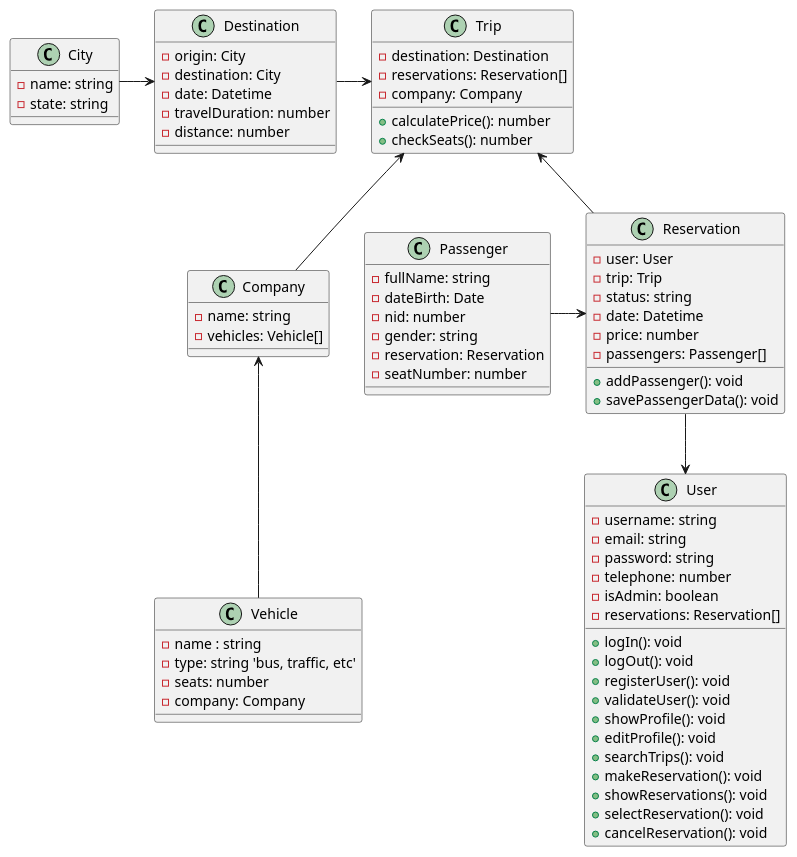
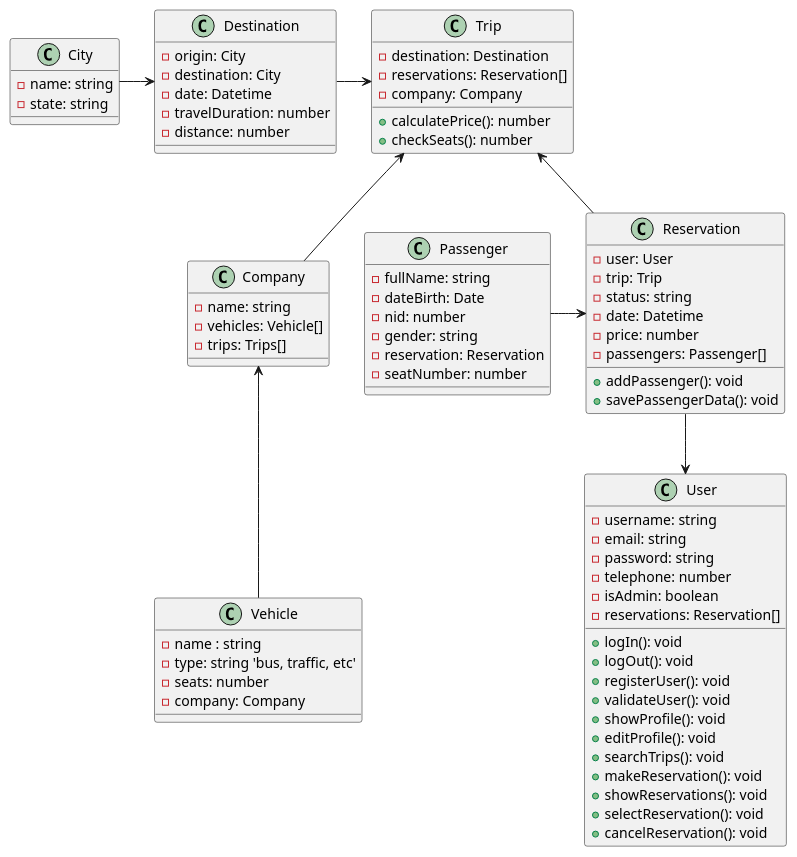
One commit to NKAmazing/PlatformUM changed the diagram in Diagrams/platformUM-diagram.puml. Above: the diagram before and after it, drawn with PlantUML.

Commit message:
Close #1 Trips added to Company class

```diff
--- a/Diagrams/platformUM-diagram.puml
+++ b/Diagrams/platformUM-diagram.puml
@@ -1,88 +1,89 @@
 @startuml PlatformUM
 
 ''' Aplication class diagram that provides travel services'''
 
 class User {
     - username: string
     - email: string
     - password: string
     - telephone: number
     - isAdmin: boolean
     - reservations: Reservation[]
     + logIn(): void
     + logOut(): void
     + registerUser(): void
     + validateUser(): void
     + showProfile(): void
     + editProfile(): void
     + searchTrips(): void
     + makeReservation(): void
     + showReservations(): void
     + selectReservation(): void
     + cancelReservation(): void
 }
 
 ' Add data of the vehicle
 class Vehicle {
     - name : string
     - type: string 'bus, traffic, etc'
     - seats: number
     - company: Company
 }
 
 ' *Add data of the company
 class Company {
     - name: string
     - vehicles: Vehicle[]
+    - trips: Trips[]
 }
 
 class Destination {
     - origin: City
     - destination: City
     - date: Datetime
     - travelDuration: number
     - distance: number
 }
 
 class Trip {
     - destination: Destination
     - reservations: Reservation[]
     - company: Company
     + calculatePrice(): number
     + checkSeats(): number
 }
 
 class Reservation {
     - user: User
     - trip: Trip
     - status: string
     - date: Datetime
     - price: number
     - passengers: Passenger[]
     + addPassenger(): void
     + savePassengerData(): void
 }
 
 class City {
     - name: string
     - state: string
 }
 
 class Passenger {
     - fullName: string
     - dateBirth: Date
     - nid: number
     - gender: string
     - reservation: Reservation
     - seatNumber: number
 }
 
 City -r-> Destination
 Destination -r-> Trip
 Passenger --r--> Reservation
 Reservation -u-> Trip
 Reservation -d-> User
 Vehicle -u-> Company
 Company -u-> Trip
  
 @enduml
```
